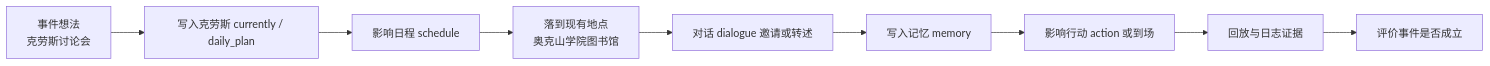
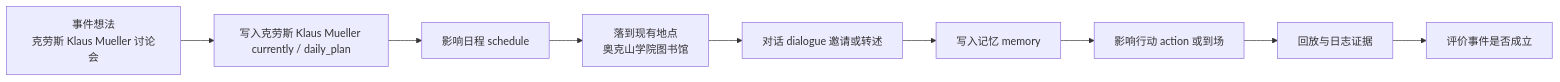
One commit to tbkken/GenerativeAgentsCN changed the first of 3 diagrams in docs/book/manuscript/part_04/chapter_26.md. Above: the diagram before and after it, drawn with Mermaid. The commit also changed other lines of this file and 51 other files, not shown here.

````diff
--- a/docs/book/manuscript/part_04/chapter_26.md
+++ b/docs/book/manuscript/part_04/chapter_26.md
@@ -41,11 +41,11 @@
 ```mermaid
 flowchart LR
-    Idea["事件想法<br/>克劳斯讨论会"] --> Persona["写入克劳斯 currently / daily_plan"]
+    Idea["事件想法<br/>克劳斯 Klaus Mueller 讨论会"] --> Persona["写入克劳斯 Klaus Mueller currently / daily_plan"]
     Persona --> Plan["影响日程 schedule"]
     Plan --> Place["落到现有地点<br/>奥克山学院图书馆"]
     Place --> Dialogue["对话 dialogue 邀请或转述"]
     Dialogue --> Memory["写入记忆 memory"]
     Memory --> Action["影响行动 action 或到场"]
     Action --> Evidence["回放与日志证据"]
     Evidence --> Evaluation["评价事件是否成立"]
 ```
````
